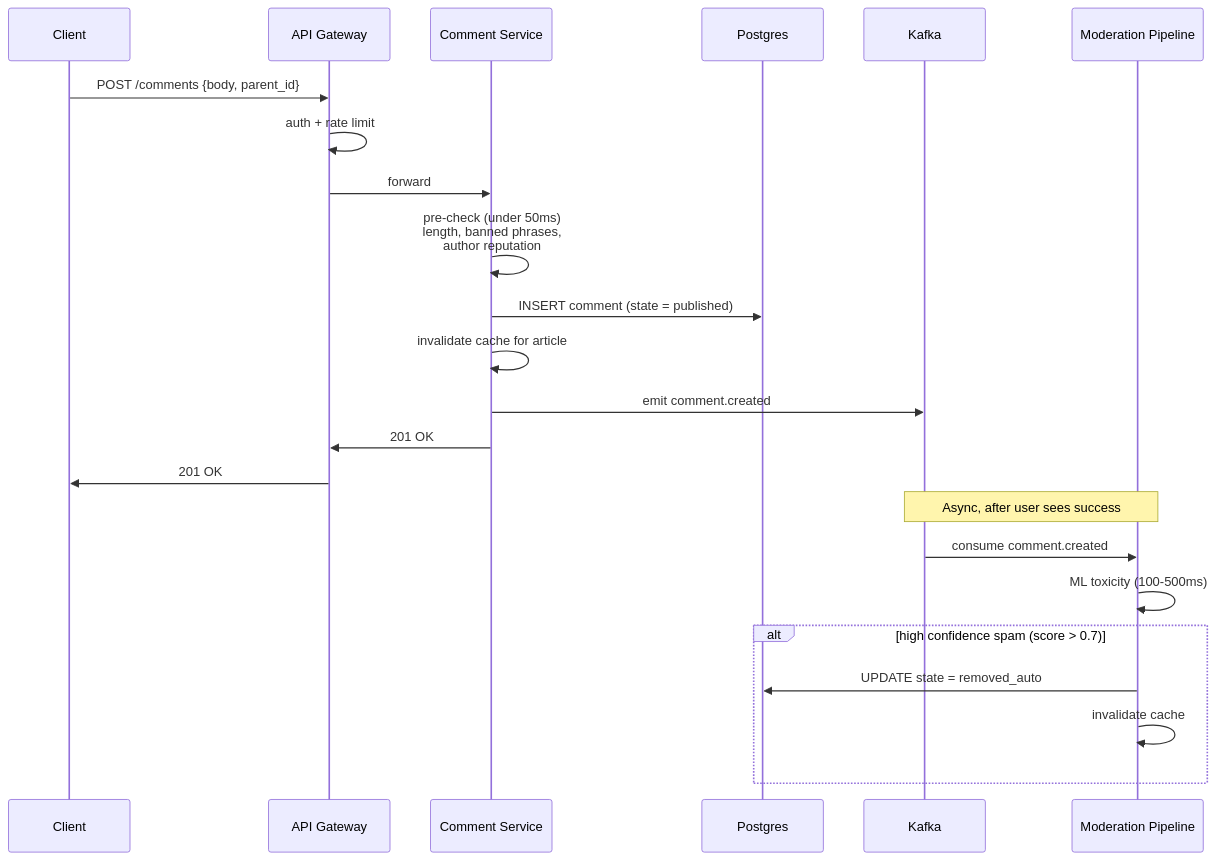
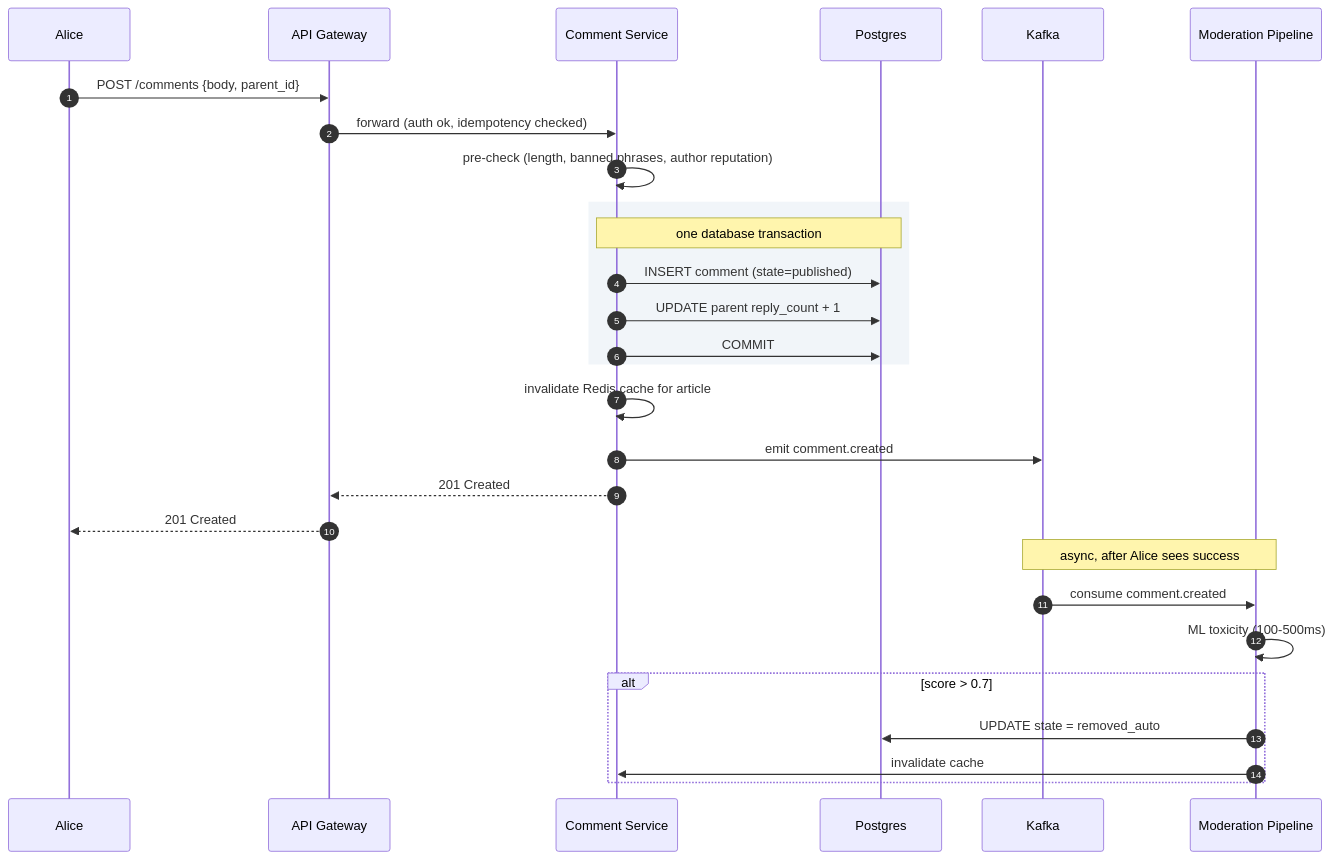
One commit to shiningflash/shiningflash.github.io changed diagram 15 of 16 in _practice/system-design/015-comment-system.md. Above: the diagram before and after it, drawn with Mermaid. The commit also changed other lines of this file and 19 other files, not shown here.

````diff
--- a/_practice/system-design/015-comment-system.md
+++ b/_practice/system-design/015-comment-system.md
@@ -1018,28 +990,34 @@
 ```mermaid
 sequenceDiagram
-    participant Client
-    participant API as API Gateway
+    autonumber
+    participant Alice
+    participant GW as API Gateway
     participant CS as Comment Service
     participant DB as Postgres
-    participant Kafka
-    participant Mod as Moderation Pipeline
+    participant K as Kafka
+    participant MOD as Moderation Pipeline
 
-    Client->>API: POST /comments {body, parent_id}
-    API->>API: auth + rate limit
-    API->>CS: forward
-    CS->>CS: pre-check (under 50ms)<br/>length, banned phrases,<br/>author reputation
-    CS->>DB: INSERT comment (state = published)
-    CS->>CS: invalidate cache for article
-    CS->>Kafka: emit comment.created
-    CS->>API: 201 OK
-    API->>Client: 201 OK
+    Alice->>GW: POST /comments {body, parent_id}
+    GW->>CS: forward (auth ok, idempotency checked)
+    CS->>CS: pre-check (length, banned phrases, author reputation)
 
-    Note over Kafka,Mod: Async, after user sees success
-    Kafka->>Mod: consume comment.created
-    Mod->>Mod: ML toxicity (100-500ms)
+    rect rgb(241, 245, 249)
+        Note over CS,DB: one database transaction
+        CS->>DB: INSERT comment (state=published)
+        CS->>DB: UPDATE parent reply_count + 1
+        CS->>DB: COMMIT
+    end
 
-    alt high confidence spam (score > 0.7)
-        Mod->>DB: UPDATE state = removed_auto
-        Mod->>Mod: invalidate cache
+    CS->>CS: invalidate Redis cache for article
+    CS->>K: emit comment.created
+    CS-->>GW: 201 Created
+    GW-->>Alice: 201 Created
+
+    Note over K,MOD: async, after Alice sees success
+    K->>MOD: consume comment.created
+    MOD->>MOD: ML toxicity (100-500ms)
+    alt score > 0.7
+        MOD->>DB: UPDATE state = removed_auto
+        MOD->>CS: invalidate cache
     end
 ```
````
